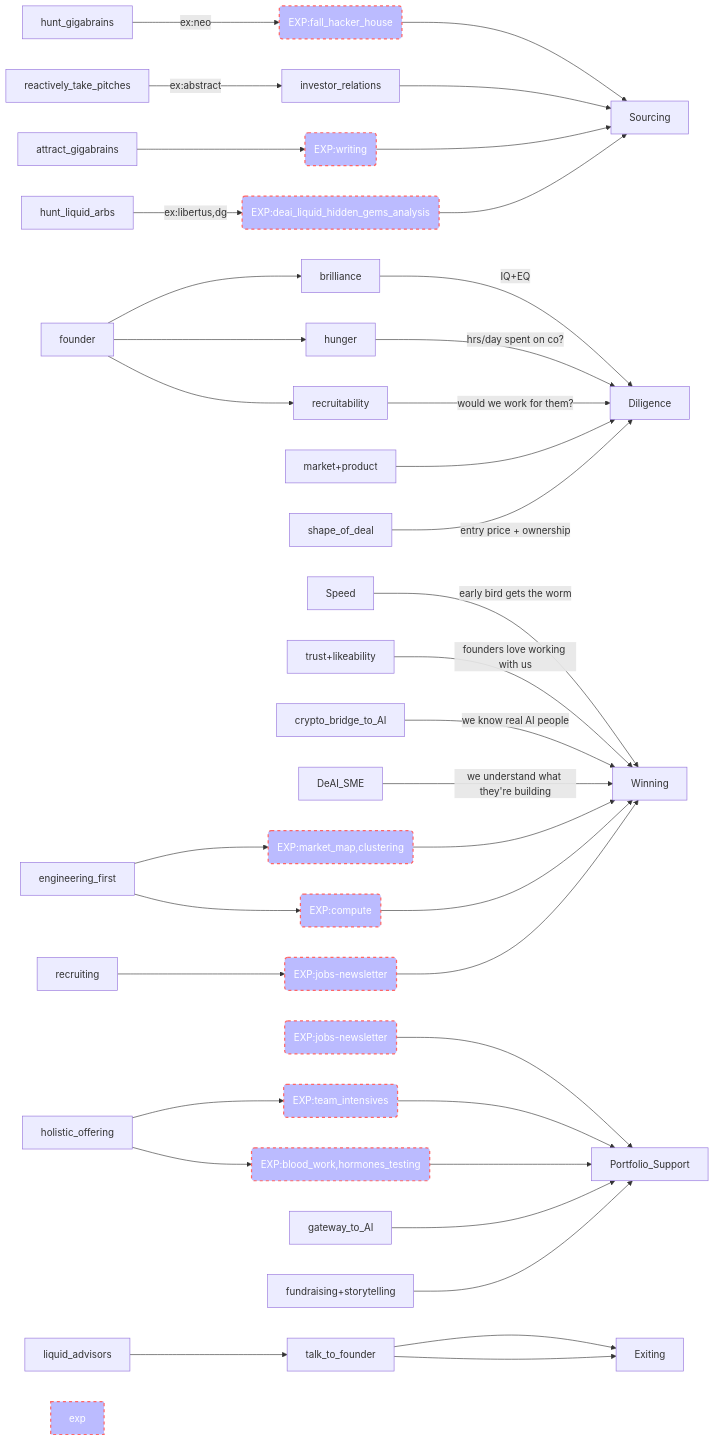
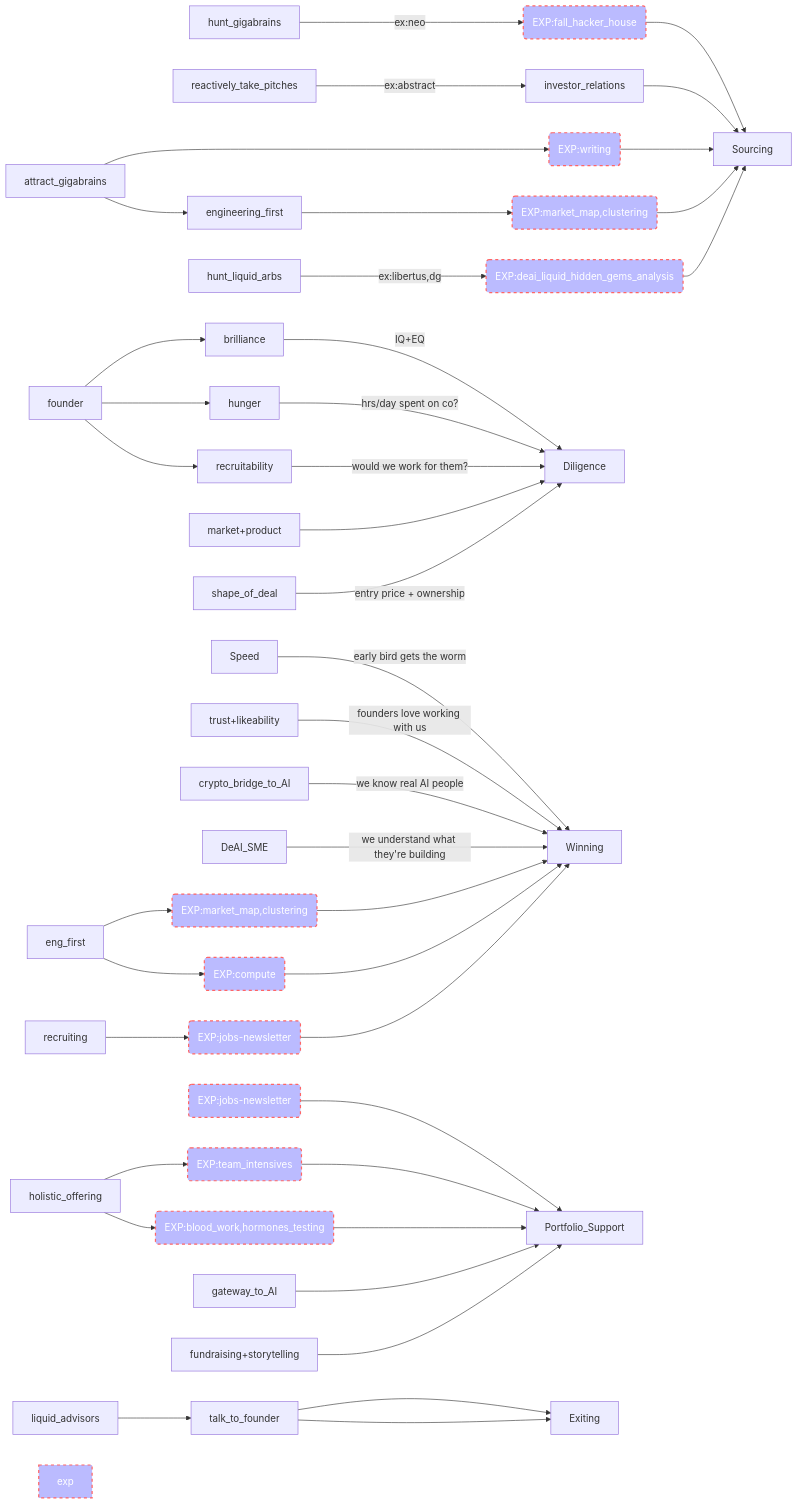
The diagram in README.md (ckathleen/topology-strategy), drawn with Mermaid before and after one commit.

````diff
--- a/README.md
+++ b/README.md
@@ -3,40 +3,43 @@
 ```mermaid
 graph LR
   hunt_gigabrains -- ex:neo --> exp8(EXP:fall_hacker_house) --> Sourcing
   reactively_take_pitches -- ex:abstract --> investor_relations --> Sourcing
   attract_gigabrains --> exp6(EXP:writing) --> Sourcing
+  attract_gigabrains --> engineering_first --> exp0(EXP:market_map,clustering) --> Sourcing
+
   hunt_liquid_arbs -- ex:libertus,dg --> exp7(EXP:deai_liquid_hidden_gems_analysis) --> Sourcing
   founder --> brilliance -- IQ+EQ --> Diligence
   founder --> hunger -- hrs/day spent on co? --> Diligence
   founder --> recruitability -- would we work for them? --> Diligence
   market+product --> Diligence
   shape_of_deal -- entry price + ownership --> Diligence
   Speed -- early bird gets the worm --> Winning
   trust+likeability -- founders love working with us --> Winning
   crypto_bridge_to_AI -- we know real AI people --> Winning
   DeAI_SME -- we understand what they're building --> Winning
-  engineering_first --> exp0(EXP:market_map,clustering) --> Winning
-  engineering_first --> exp1(EXP:compute) --> Winning
+  eng_first --> exp9(EXP:market_map,clustering) --> Winning
+  eng_first --> exp1(EXP:compute) --> Winning
   recruiting --> exp2(EXP:jobs-newsletter) --> Winning
   exp3(EXP:jobs-newsletter) --> Portfolio_Support
   holistic_offering --> exp4(EXP:team_intensives) --> Portfolio_Support
   holistic_offering --> exp5(EXP:blood_work,hormones_testing) --> Portfolio_Support
   gateway_to_AI --> Portfolio_Support
   fundraising+storytelling --> Portfolio_Support
   liquid_advisors --> talk_to_founder --> Exiting
   talk_to_founder --> Exiting
 
 style exp fill:#bbf,stroke:#f66,stroke-width:2px,color:#fff,stroke-dasharray: 5 5
 style exp0 fill:#bbf,stroke:#f66,stroke-width:2px,color:#fff,stroke-dasharray: 5 5
 style exp1 fill:#bbf,stroke:#f66,stroke-width:2px,color:#fff,stroke-dasharray: 5 5
 style exp2 fill:#bbf,stroke:#f66,stroke-width:2px,color:#fff,stroke-dasharray: 5 5
 style exp3 fill:#bbf,stroke:#f66,stroke-width:2px,color:#fff,stroke-dasharray: 5 5
 style exp4 fill:#bbf,stroke:#f66,stroke-width:2px,color:#fff,stroke-dasharray: 5 5
 style exp5 fill:#bbf,stroke:#f66,stroke-width:2px,color:#fff,stroke-dasharray: 5 5
 style exp6 fill:#bbf,stroke:#f66,stroke-width:2px,color:#fff,stroke-dasharray: 5 5
 style exp7 fill:#bbf,stroke:#f66,stroke-width:2px,color:#fff,stroke-dasharray: 5 5
 style exp8 fill:#bbf,stroke:#f66,stroke-width:2px,color:#fff,stroke-dasharray: 5 5
+style exp9 fill:#bbf,stroke:#f66,stroke-width:2px,color:#fff,stroke-dasharray: 5 5
 
 
 
 ```
````
